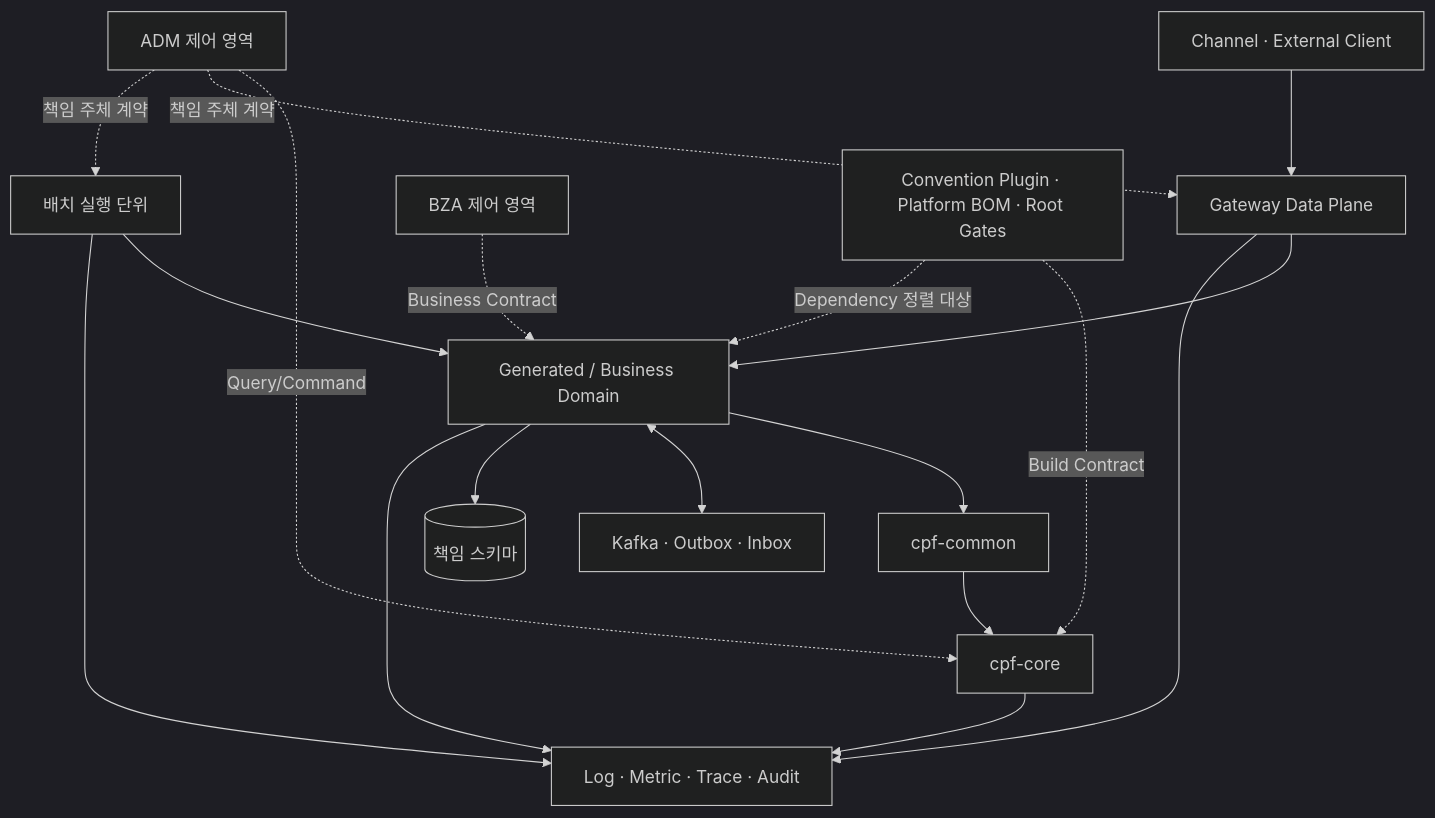
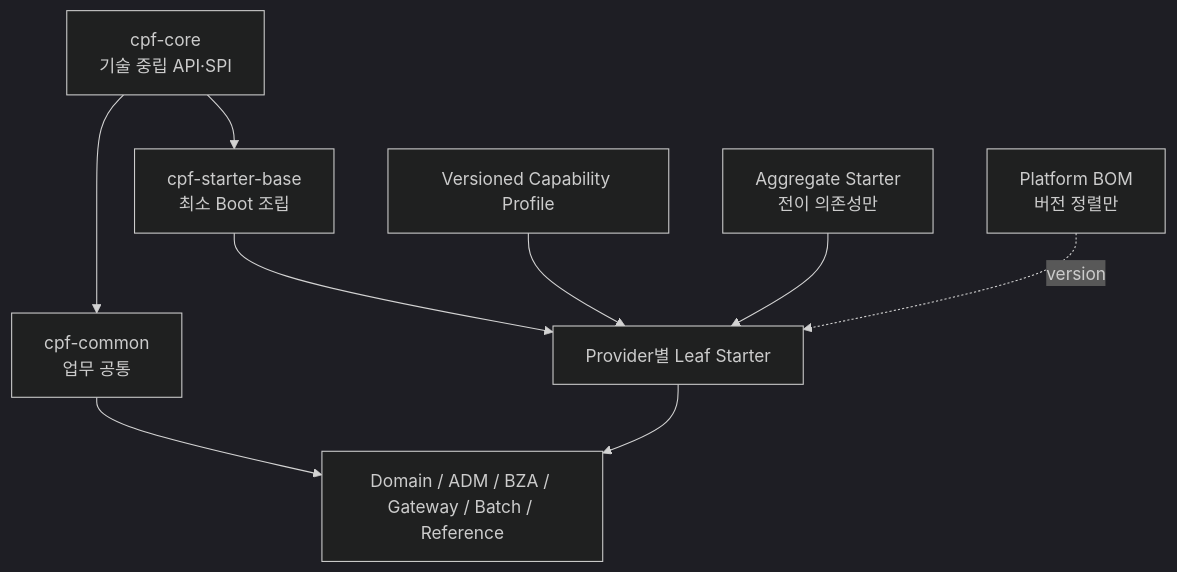
Before and after one commit to freeangelsun/202412_01_CPF: the second of 3 diagrams in cpf-docs/deliverables/아키텍처설계서.md, drawn with Mermaid (dark theme). The commit also changed other lines of this file and 33 other files, not shown here.

````diff
--- a/cpf-docs/deliverables/아키텍처설계서.md
+++ b/cpf-docs/deliverables/아키텍처설계서.md
@@ -162,31 +74,24 @@
 ```mermaid
 flowchart TB
-    CH[Channel · External Client]
-    GW[Gateway Data Plane]
-    DOM[Generated / Business Domain]
-    CMN[cpf-common]
-    CORE[cpf-core]
-    EVT[Kafka · Outbox · Inbox]
-    BAT[배치 실행 단위]
-    ADM[ADM 제어 영역]
-    BZA[BZA 제어 영역]
-    DB[(책임 스키마)]
-    OBS[Log · Metric · Trace · Audit]
-    BUILD[Convention Plugin · Platform BOM · Root Gates]
-
-    CH --> GW --> DOM
-    DOM --> CMN --> CORE
-    DOM <--> EVT
-    BAT --> DOM
-    DOM --> DB
-    ADM -. Query/Command .-> CORE
-    ADM -. 책임 주체 계약 .-> GW
-    ADM -. 책임 주체 계약 .-> BAT
-    BZA -. Business Contract .-> DOM
-    CORE --> OBS
-    DOM --> OBS
-    GW --> OBS
-    BAT --> OBS
-    BUILD -. Build Contract .-> CORE
-    BUILD -. Dependency 정렬 대상 .-> DOM
+  CORE[cpf-core
+기술 중립 API·SPI]
+  COMMON[cpf-common
+업무 공통]
+  BASE[cpf-starter-base
+최소 Boot 조립]
+  LEAF[Provider별 Leaf Starter]
+  PROFILE[Versioned Capability Profile]
+  AGG[Aggregate Starter
+전이 의존성만]
+  BOM[Platform BOM
+버전 정렬만]
+  CONSUMER[Domain / ADM / BZA / Gateway / Batch / Reference]
+  CORE --> COMMON
+  CORE --> BASE
+  BASE --> LEAF
+  PROFILE --> LEAF
+  AGG --> LEAF
+  BOM -.version.-> LEAF
+  COMMON --> CONSUMER
+  LEAF --> CONSUMER
 ```
````
